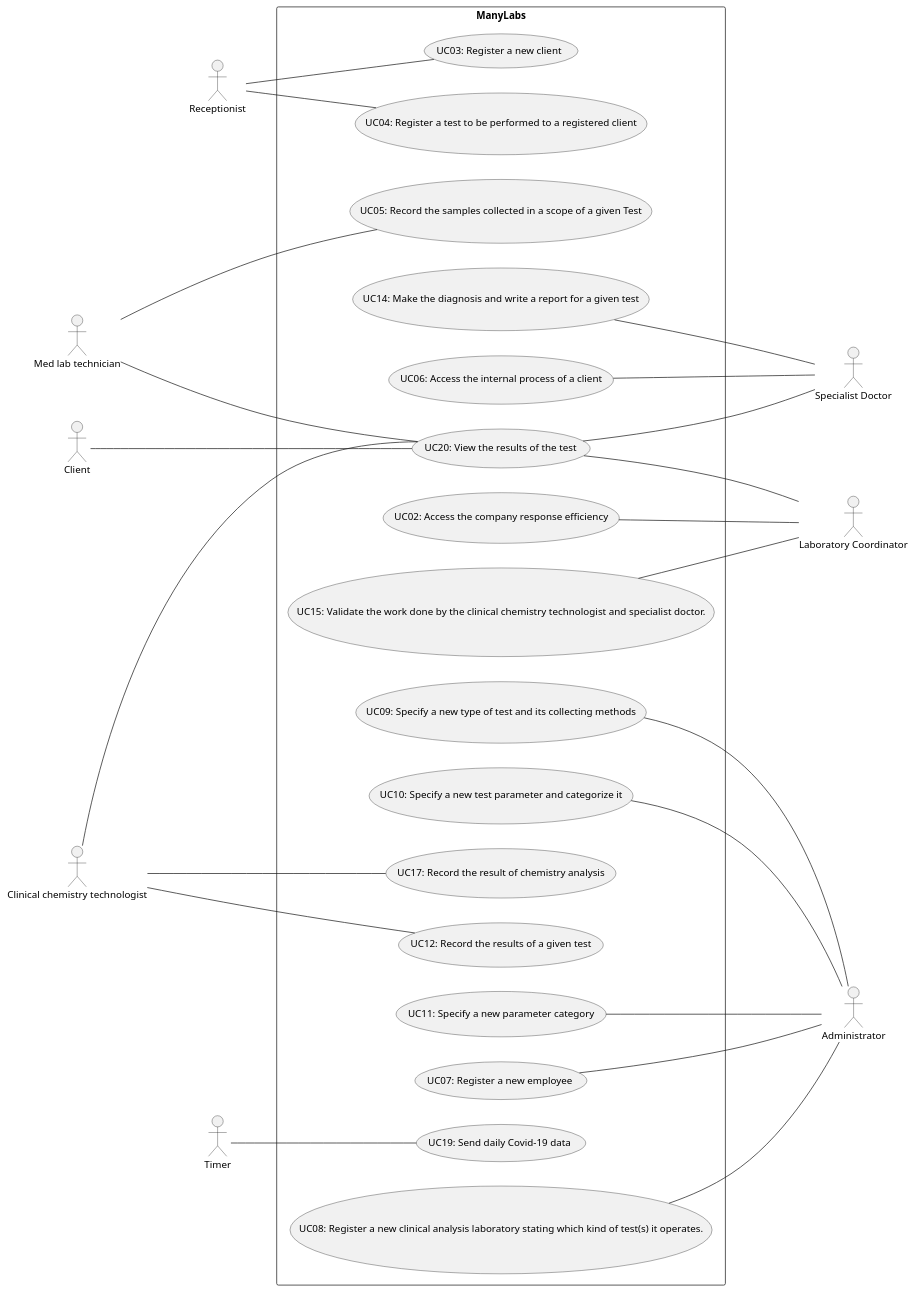
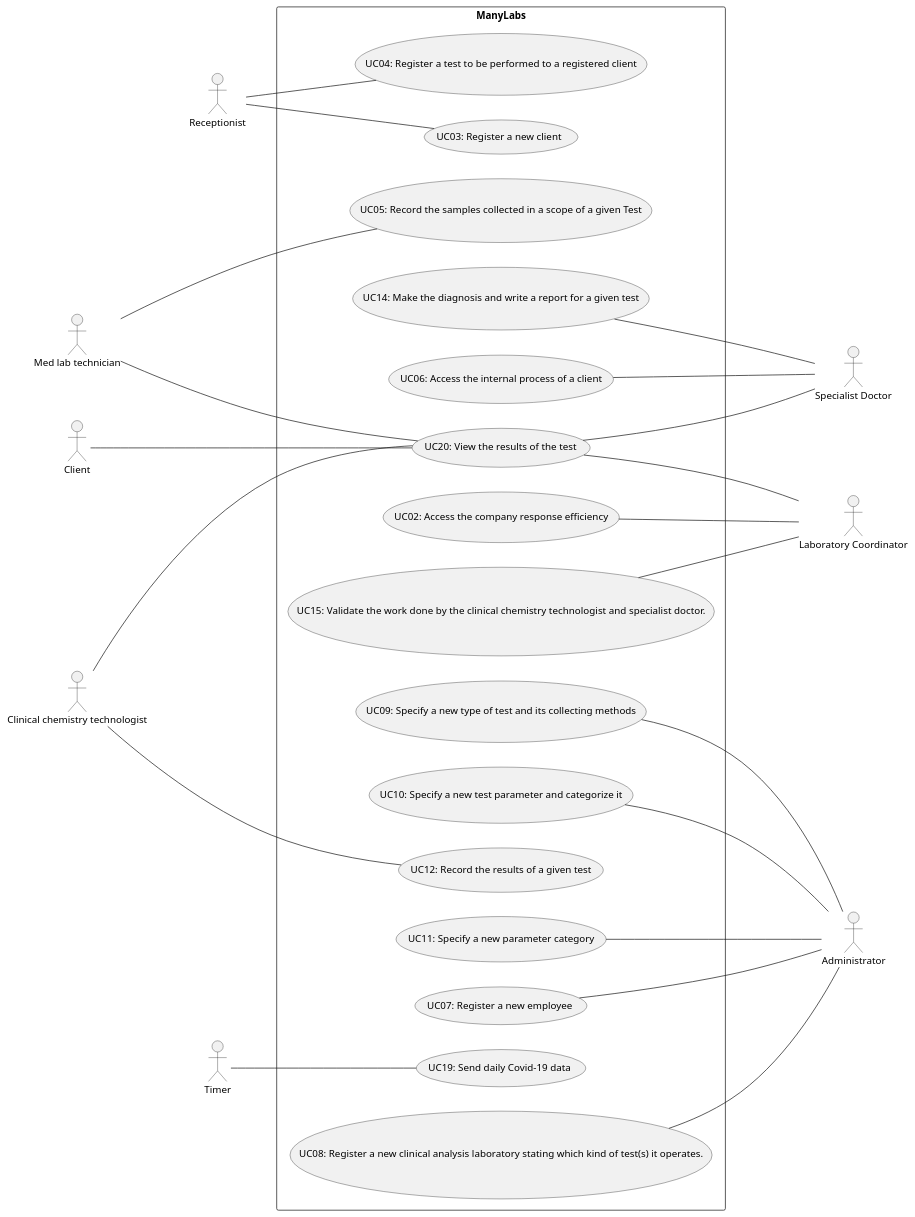
One commit to manu-07-ela/LAPR2_ISEP changed the diagram in docs/SprintC/UCD/UCD.puml. Above: the diagram before and after it, drawn with PlantUML. The commit also changed 1 other file, not shown here.

Commit message:
correction of the use-case diagram

```diff
--- a/docs/SprintC/UCD/UCD.puml
+++ b/docs/SprintC/UCD/UCD.puml
@@ -1,61 +1,59 @@
 @startuml
 'https://plantuml.com/use-case-diagram
 left to right direction
 actor "Administrator" as Adm
 actor "Receptionist" as Recp
 actor "Med lab technician" as MedLab
 actor "Clinical chemistry technologist" as ClinTec
 actor "Specialist Doctor" as Doc
 actor "Laboratory Coordinator" as LabCod
 actor "Timer" as Timer
 actor "Client" as Client
 
 
 rectangle ManyLabs{
 
 usecase "UC03: Register a new client" as UC03
 usecase "UC20: View the results of the test" as UC20
 usecase "UC04: Register a test to be performed to a registered client" as UC04
 usecase "UC14: Make the diagnosis and write a report for a given test" as UC14
-usecase "UC17: Record the result of chemistry analysis" as UC17
 usecase "UC09: Specify a new type of test and its collecting methods" as UC09
 usecase "UC10: Specify a new test parameter and categorize it" as UC10
 usecase "UC11: Specify a new parameter category" as UC11
 usecase "UC06: Access the internal process of a client" as UC06
 usecase "UC02: Access the company response efficiency" as UC02
 usecase "UC05: Record the samples collected in a scope of a given Test" as UC05
 usecase "UC19: Send daily Covid-19 data" as UC19
 usecase "UC07: Register a new employee" as UC07
 usecase "UC08: Register a new clinical analysis laboratory stating which kind of test(s) it operates." as UC08
 usecase "UC12: Record the results of a given test" as UC12
 usecase "UC15: Validate the work done by the clinical chemistry technologist and specialist doctor." as UC15
 }
 
 Recp -- UC03
 Recp -- UC04
 Client --- UC20
 UC14 -- Doc
 MedLab --- UC20
 ClinTec -- UC12
 ClinTec --- UC20
-ClinTec -- UC17
 UC07 --- Adm
 UC08 --- Adm
 UC09 --- Adm
 UC11 --- Adm
 UC10 --- Adm
 UC05 --- MedLab
 UC06 --- Doc
 UC20 --- Doc
 UC02 --- LabCod
 UC20 -- LabCod
 UC15 -- LabCod
 Timer -- UC19
 
 
 
 
 
 
 
 @enduml
```
